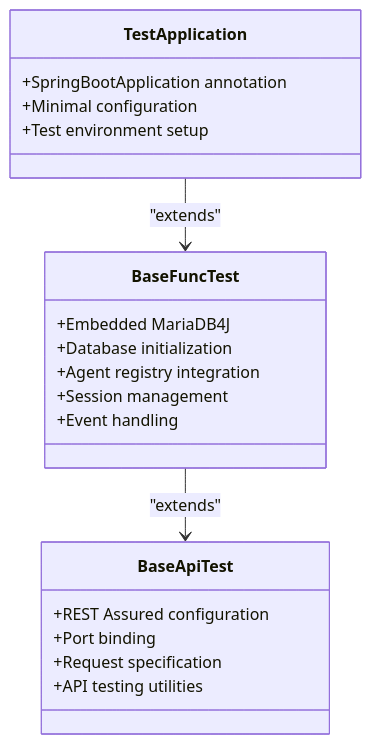
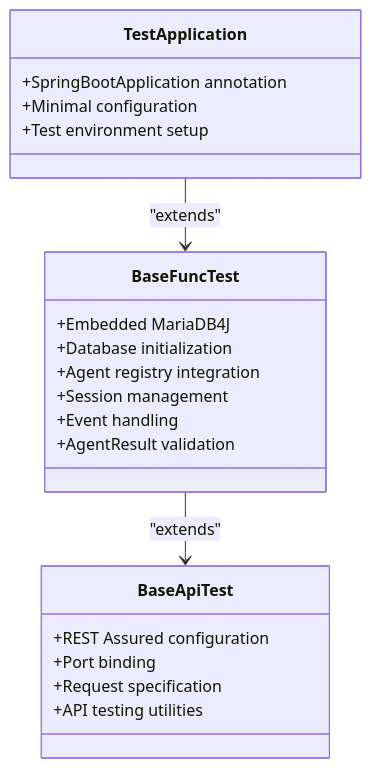
One commit to alibaba/tron-one-agent changed the second of 9 diagrams in .qoder/repowiki/en/content/Development Guidelines/Comprehensive Testing Framework.md. Above: the diagram before and after it, drawn with Mermaid. The commit also changed other lines of this file and 8 other files, not shown here.

````diff
--- a/.qoder/repowiki/en/content/Development Guidelines/Comprehensive Testing Framework.md
+++ b/.qoder/repowiki/en/content/Development Guidelines/Comprehensive Testing Framework.md
@@ -92,23 +113,24 @@
 ```mermaid
 classDiagram
 class TestApplication {
 +SpringBootApplication annotation
 +Minimal configuration
 +Test environment setup
 }
 class BaseFuncTest {
 +Embedded MariaDB4J
 +Database initialization
 +Agent registry integration
 +Session management
 +Event handling
++AgentResult validation
 }
 class BaseApiTest {
 +REST Assured configuration
 +Port binding
 +Request specification
 +API testing utilities
 }
 TestApplication --> BaseFuncTest : "extends"
 BaseFuncTest --> BaseApiTest : "extends"
 ```
````
